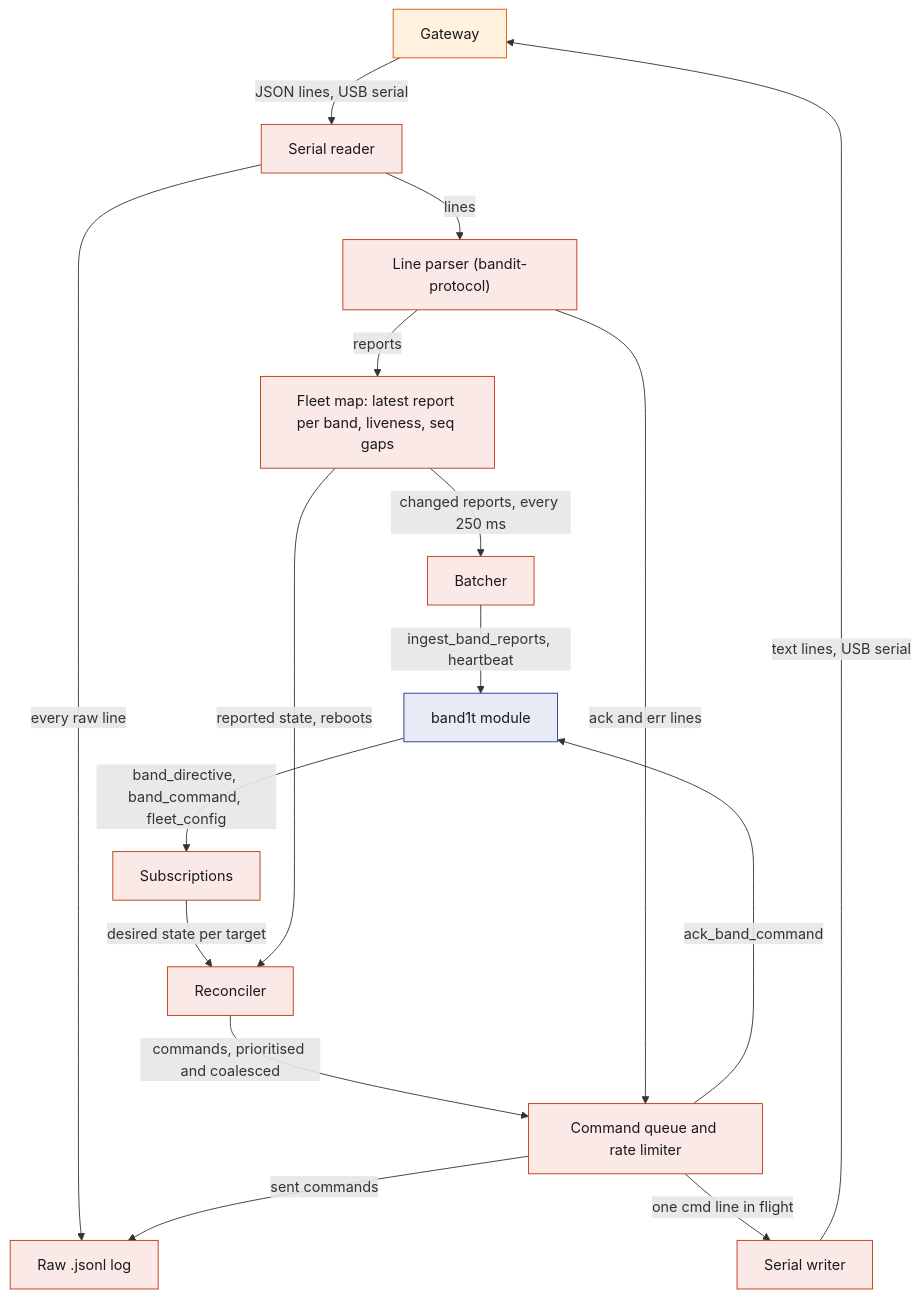
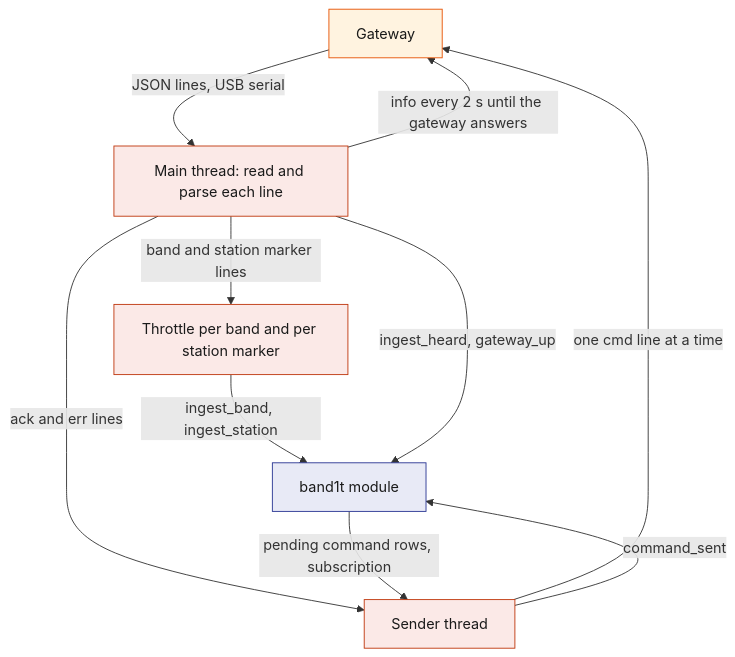
The first of 4 diagrams in System Design/3-services/Gateway-Bridge.md (viktorinkov/cal-hacks-13), drawn with Mermaid before and after one commit. The commit also changed other lines of this file and 26 other files, not shown here.

````diff
--- a/System Design/3-services/Gateway-Bridge.md
+++ b/System Design/3-services/Gateway-Bridge.md
@@ -63,24 +46,18 @@
 ```mermaid
 flowchart TB
-    GW["Gateway"] -->|"JSON lines, USB serial"| RD["Serial reader"]
-    RD -->|"every raw line"| LOG["Raw .jsonl log"]
-    RD -->|"lines"| PA["Line parser (bandit-protocol)"]
-    PA -->|"reports"| FM["Fleet map: latest report per band, liveness, seq gaps"]
-    FM -->|"changed reports, every 250 ms"| BT["Batcher"]
-    BT -->|"ingest_band_reports, heartbeat"| STDB["band1t module"]
-    STDB -->|"band_directive, band_command, fleet_config"| SUB["Subscriptions"]
-    SUB -->|"desired state per target"| RC["Reconciler"]
-    FM -->|"reported state, reboots"| RC
-    RC -->|"commands, prioritised and coalesced"| Q["Command queue and rate limiter"]
-    Q -->|"one cmd line in flight"| WR["Serial writer"]
-    WR -->|"text lines, USB serial"| GW
-    PA -->|"ack and err lines"| Q
-    Q -->|"ack_band_command"| STDB
-    Q -->|"sent commands"| LOG
+    GW["Gateway"] -->|"JSON lines, USB serial"| RD["Main thread: read and parse each line"]
+    RD -->|"band and station marker lines"| TH["Throttle per band and per station marker"]
+    TH -->|"ingest_band, ingest_station"| STDB["band1t module"]
+    RD -->|"ingest_heard, gateway_up"| STDB
+    RD -->|"ack and err lines"| SND["Sender thread"]
+    STDB -->|"pending command rows, subscription"| SND
+    SND -->|"one cmd line at a time"| GW
+    SND -->|"command_sent"| STDB
+    RD -->|"info every 2 s until the gateway answers"| GW
     classDef device fill:#FFF3E0,stroke:#E65100,color:#1A1A1A
     classDef rust fill:#FBE9E7,stroke:#BF360C,color:#1A1A1A
     classDef stdb fill:#E8EAF6,stroke:#283593,color:#1A1A1A
     class GW device
-    class RD,LOG,PA,FM,BT,SUB,RC,Q,WR rust
+    class RD,TH,SND rust
     class STDB stdb
 ```
````
